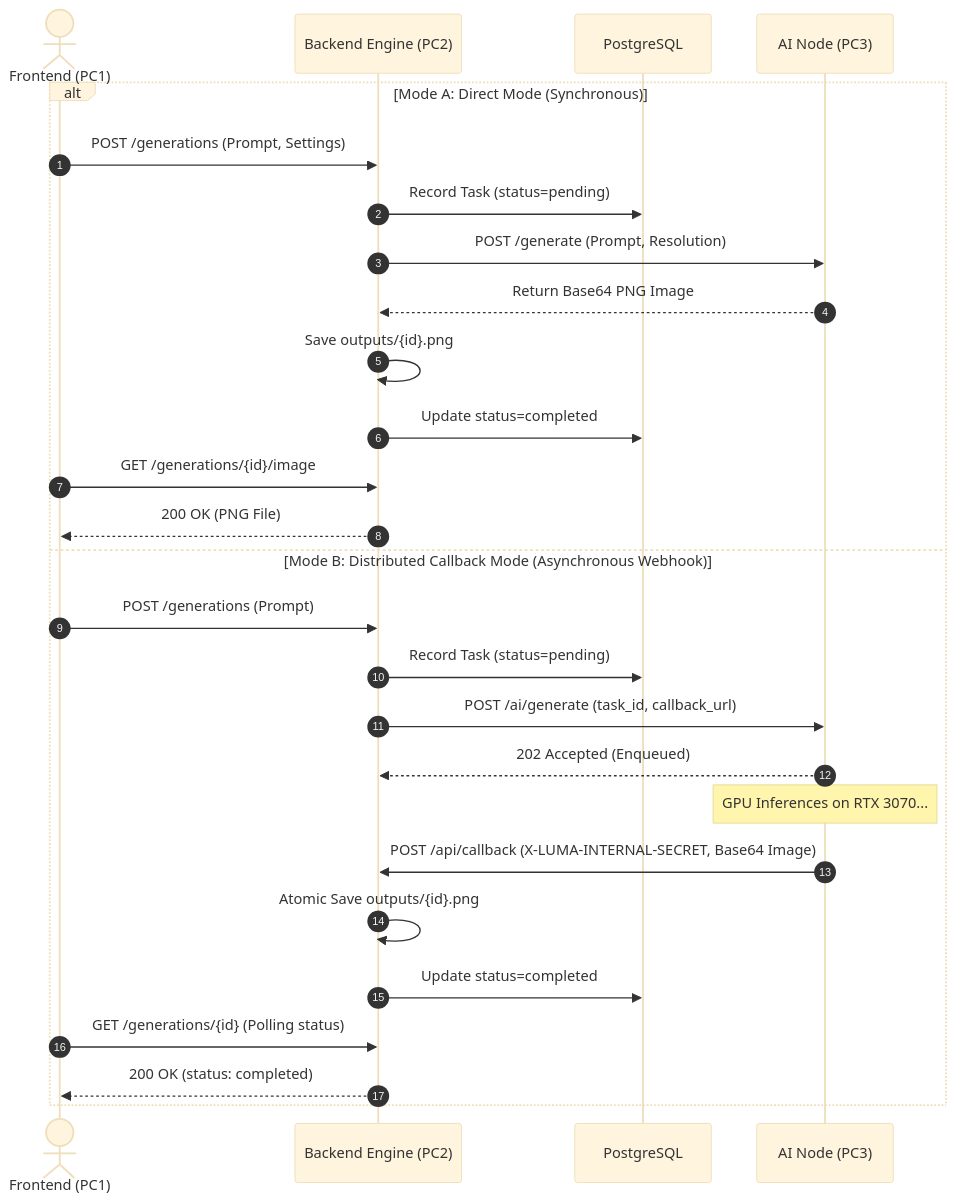
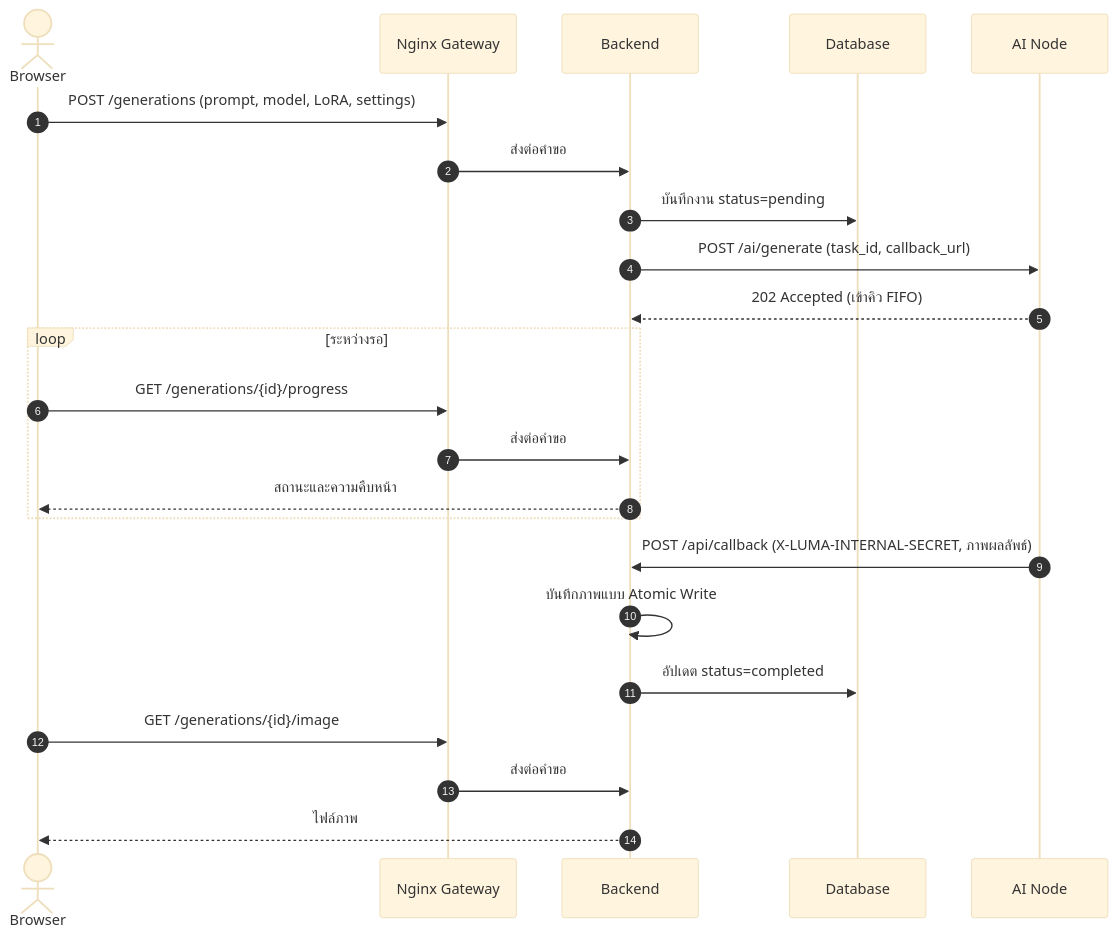
Before and after one commit to Pongkarm/Project_Luma_PKW: the second of 3 diagrams in README.md, drawn with Mermaid (base theme). The commit also changed other lines of this file, not shown here.

First line of the commit message:
Update README to describe the 4-node system as it is now

````diff
--- a/README.md
+++ b/README.md
@@ -53,30 +88,26 @@
 ```mermaid
 sequenceDiagram
     autonumber
-    actor Client as Frontend (PC1)
-    participant Backend as Backend Engine (PC2)
-    participant DB as PostgreSQL
-    participant AI as AI Node (PC3)
+    actor U as Browser
+    participant G as Nginx Gateway
+    participant B as Backend
+    participant D as Database
+    participant A as AI Node
 
-    alt Mode A: Direct Mode (Synchronous)
-        Client->>Backend: POST /generations (Prompt, Settings)
-        Backend->>DB: Record Task (status=pending)
-        Backend->>AI: POST /generate (Prompt, Resolution)
-        AI-->>Backend: Return Base64 PNG Image
-        Backend->>Backend: Save outputs/{id}.png
-        Backend->>DB: Update status=completed
-        Client->>Backend: GET /generations/{id}/image
-        Backend-->>Client: 200 OK (PNG File)
-    else Mode B: Distributed Callback Mode (Asynchronous Webhook)
-        Client->>Backend: POST /generations (Prompt)
-        Backend->>DB: Record Task (status=pending)
-        Backend->>AI: POST /ai/generate (task_id, callback_url)
-        AI-->>Backend: 202 Accepted (Enqueued)
-        Note over AI: GPU Inferences on RTX 3070...
-        AI->>Backend: POST /api/callback (X-LUMA-INTERNAL-SECRET, Base64 Image)
-        Backend->>Backend: Atomic Save outputs/{id}.png
-        Backend->>DB: Update status=completed
-        Client->>Backend: GET /generations/{id} (Polling status)
-        Backend-->>Client: 200 OK (status: completed)
+    U->>G: POST /generations (prompt, model, LoRA, settings)
+    G->>B: ส่งต่อคำขอ
+    B->>D: บันทึกงาน status=pending
+    B->>A: POST /ai/generate (task_id, callback_url)
+    A-->>B: 202 Accepted (เข้าคิว FIFO)
+    loop ระหว่างรอ
+        U->>G: GET /generations/{id}/progress
+        G->>B: ส่งต่อคำขอ
+        B-->>U: สถานะและความคืบหน้า
     end
+    A->>B: POST /api/callback (X-LUMA-INTERNAL-SECRET, ภาพผลลัพธ์)
+    B->>B: บันทึกภาพแบบ Atomic Write
+    B->>D: อัปเดต status=completed
+    U->>G: GET /generations/{id}/image
+    G->>B: ส่งต่อคำขอ
+    B-->>U: ไฟล์ภาพ
 ```
````
